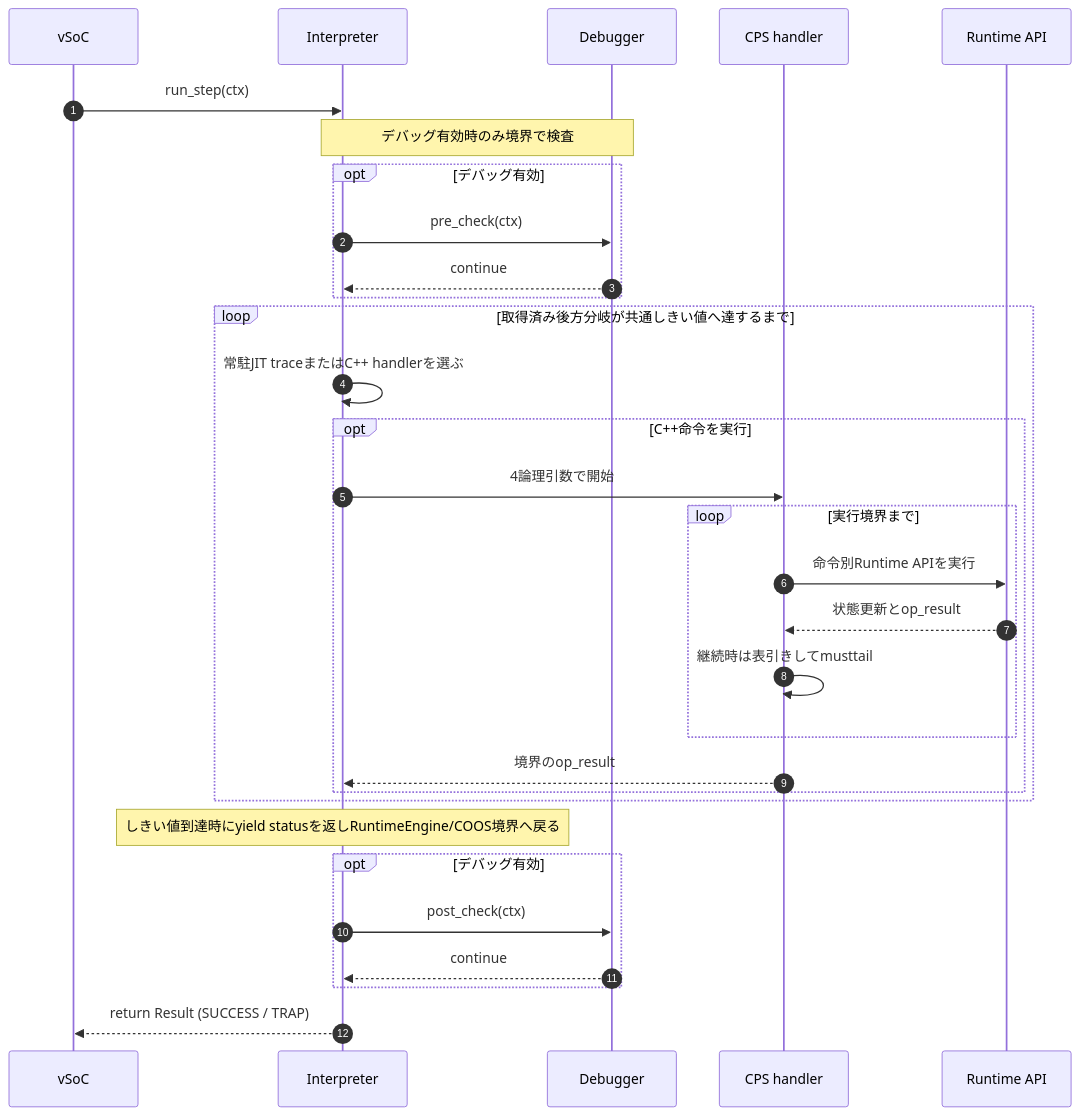
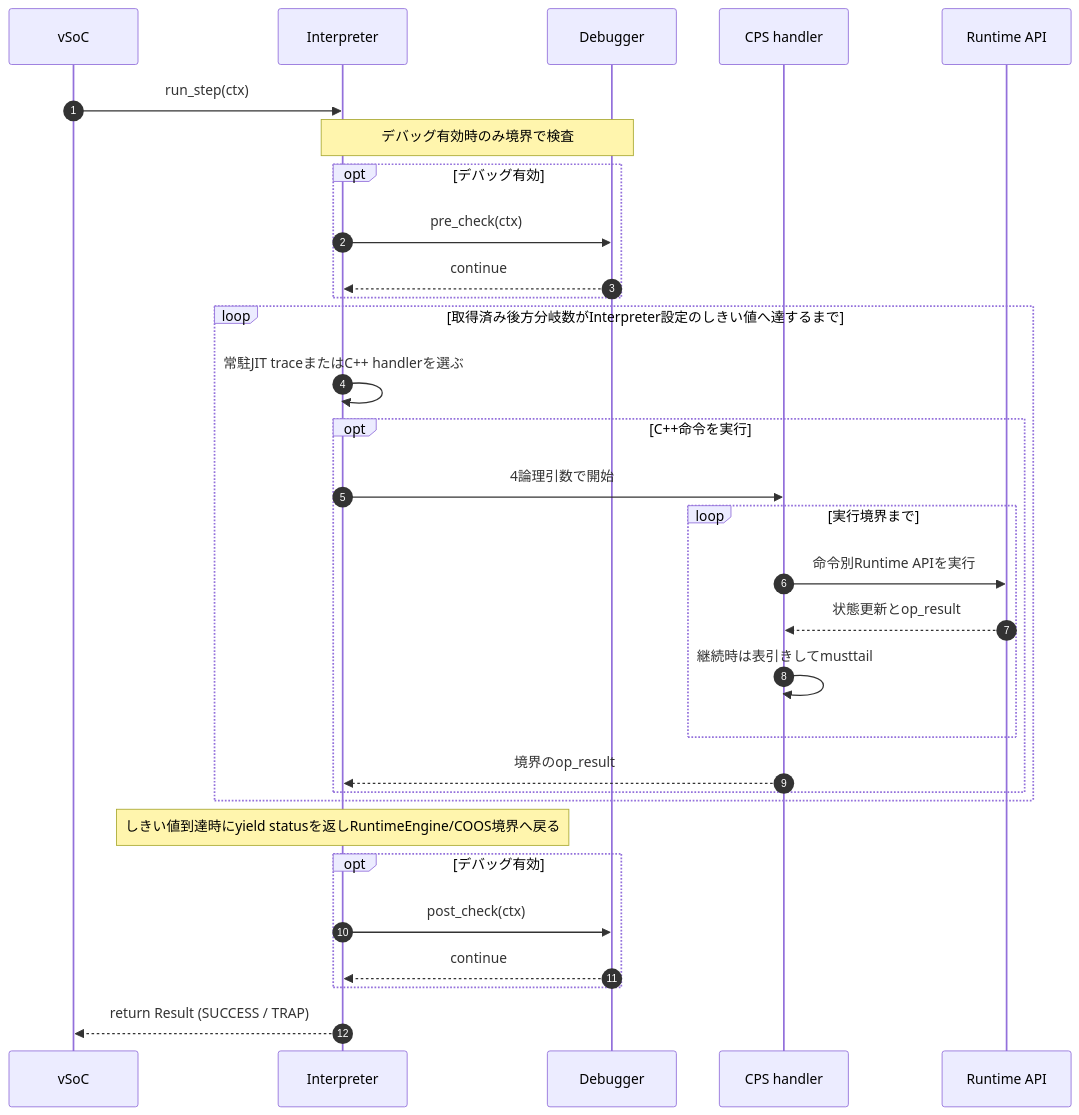
One commit to kmt-t/fireball changed the fourth of 5 diagrams in docs/components/tier2_runtime/interpreter.md. Above: the diagram before and after it, drawn with Mermaid. The commit also changed other lines of this file and 84 other files, not shown here.

````diff
--- a/docs/components/tier2_runtime/interpreter.md
+++ b/docs/components/tier2_runtime/interpreter.md
@@ -366,34 +363,34 @@
 ```mermaid
 sequenceDiagram
     autonumber
     participant V as vSoC
     participant I as Interpreter
     participant D as Debugger
     participant H as CPS handler
     participant R as Runtime API
 
     V->>I: run_step(ctx)
     Note over I,D: デバッグ有効時のみ境界で検査
     opt デバッグ有効
         I->>D: pre_check(ctx)
         D-->>I: continue
     end
-    loop 取得済み後方分岐が共通しきい値へ達するまで
+    loop 取得済み後方分岐数がInterpreter設定のしきい値へ達するまで
         I->>I: 常駐JIT traceまたはC++ handlerを選ぶ
         opt C++命令を実行
             I->>H: 4論理引数で開始
             loop 実行境界まで
                 H->>R: 命令別Runtime APIを実行
                 R-->>H: 状態更新とop_result
                 H->>H: 継続時は表引きしてmusttail
             end
             H-->>I: 境界のop_result
         end
     end
     Note over I: しきい値到達時にyield statusを返しRuntimeEngine/COOS境界へ戻る
     opt デバッグ有効
         I->>D: post_check(ctx)
         D-->>I: continue
     end
     I-->>V: return Result (SUCCESS / TRAP)
 ```
````
